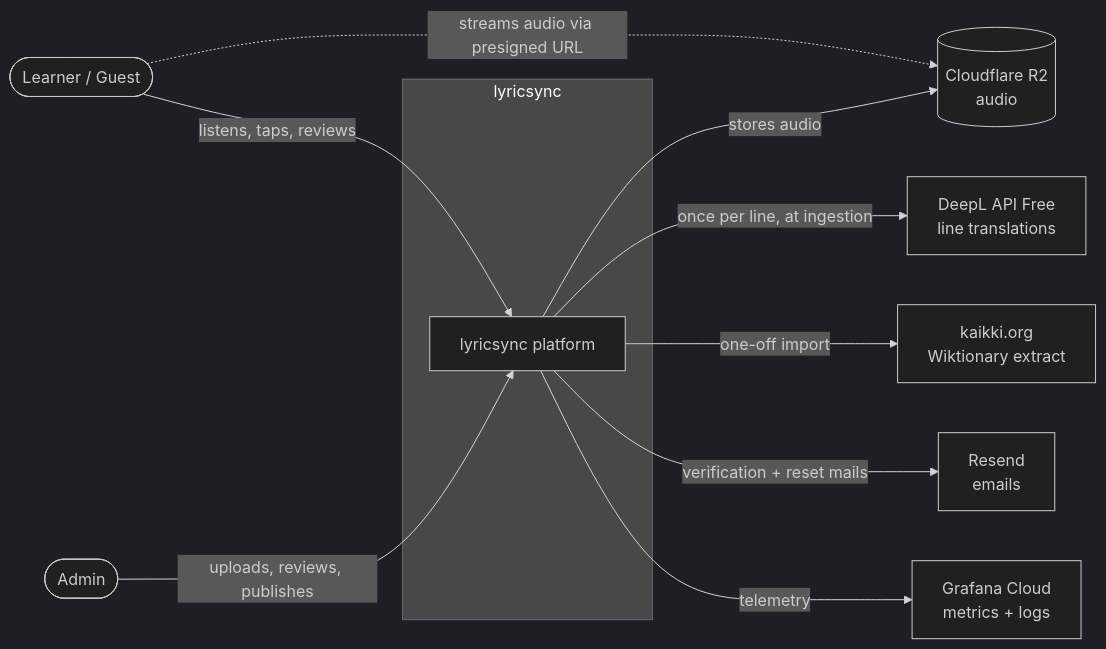
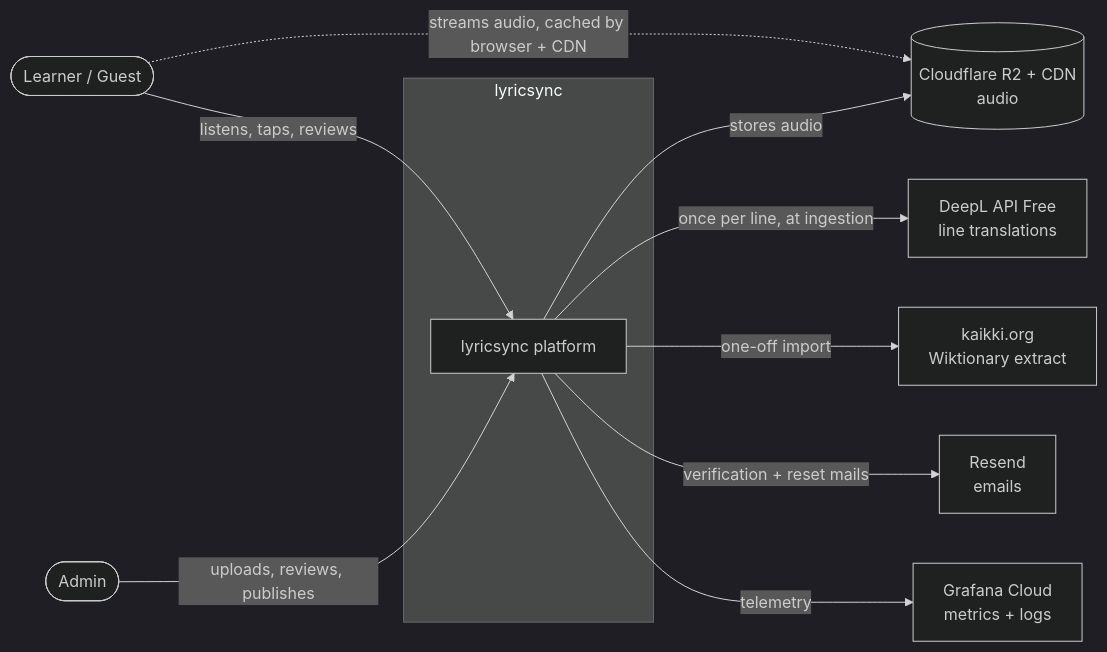
One commit to anasha447/lyric-sync-learning-platform changed the first of 7 diagrams in docs/ARCHITECTURE.md. Above: the diagram before and after it, drawn with Mermaid (dark theme). The commit also changed other lines of this file and 4 other files, not shown here.

````diff
--- a/docs/ARCHITECTURE.md
+++ b/docs/ARCHITECTURE.md
@@ -7,22 +7,22 @@
 ```mermaid
 flowchart LR
     learner([Learner / Guest])
     admin([Admin])
     subgraph lyricsync
         app[lyricsync platform]
     end
-    r2[(Cloudflare R2<br/>audio)]
+    r2[(Cloudflare R2 + CDN<br/>audio)]
     deepl[DeepL API Free<br/>line translations]
     kaikki[kaikki.org<br/>Wiktionary extract]
     resend[Resend<br/>emails]
     grafana[Grafana Cloud<br/>metrics + logs]
 
     learner -->|listens, taps, reviews| app
     admin -->|uploads, reviews, publishes| app
-    learner -.->|streams audio via presigned URL| r2
+    learner -.->|streams audio, cached by browser + CDN| r2
     app -->|stores audio| r2
     app -->|once per line, at ingestion| deepl
     app -->|one-off import| kaikki
     app -->|verification + reset mails| resend
     app -->|telemetry| grafana
 ```
````
